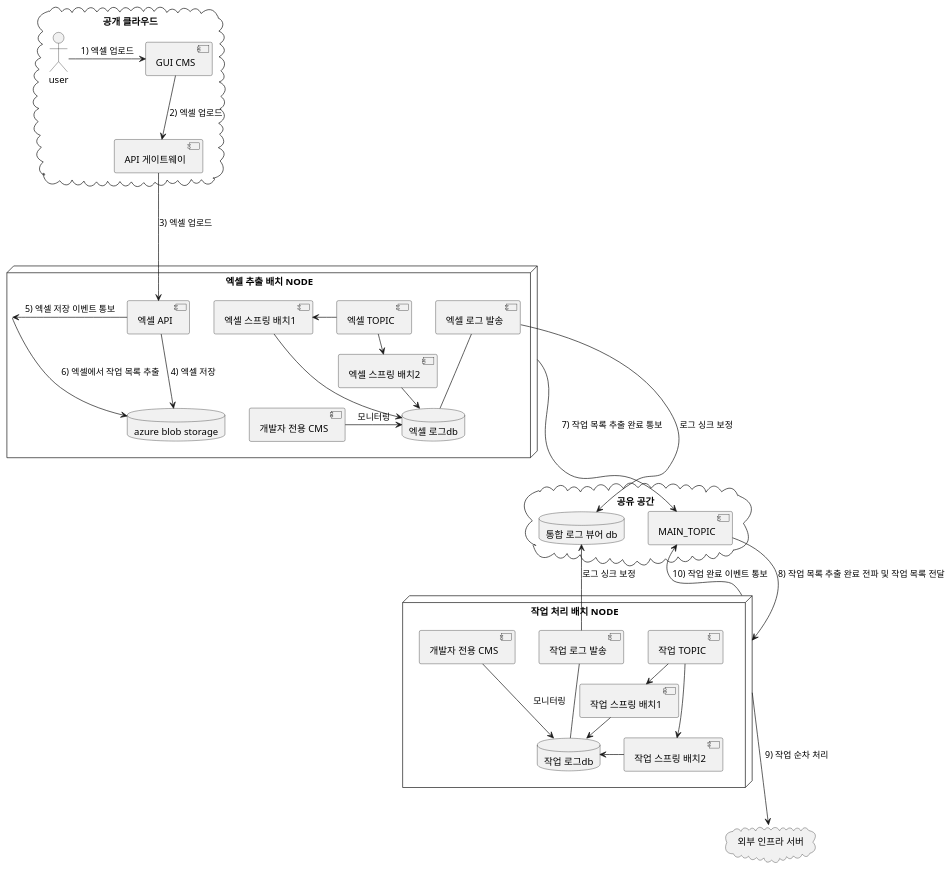
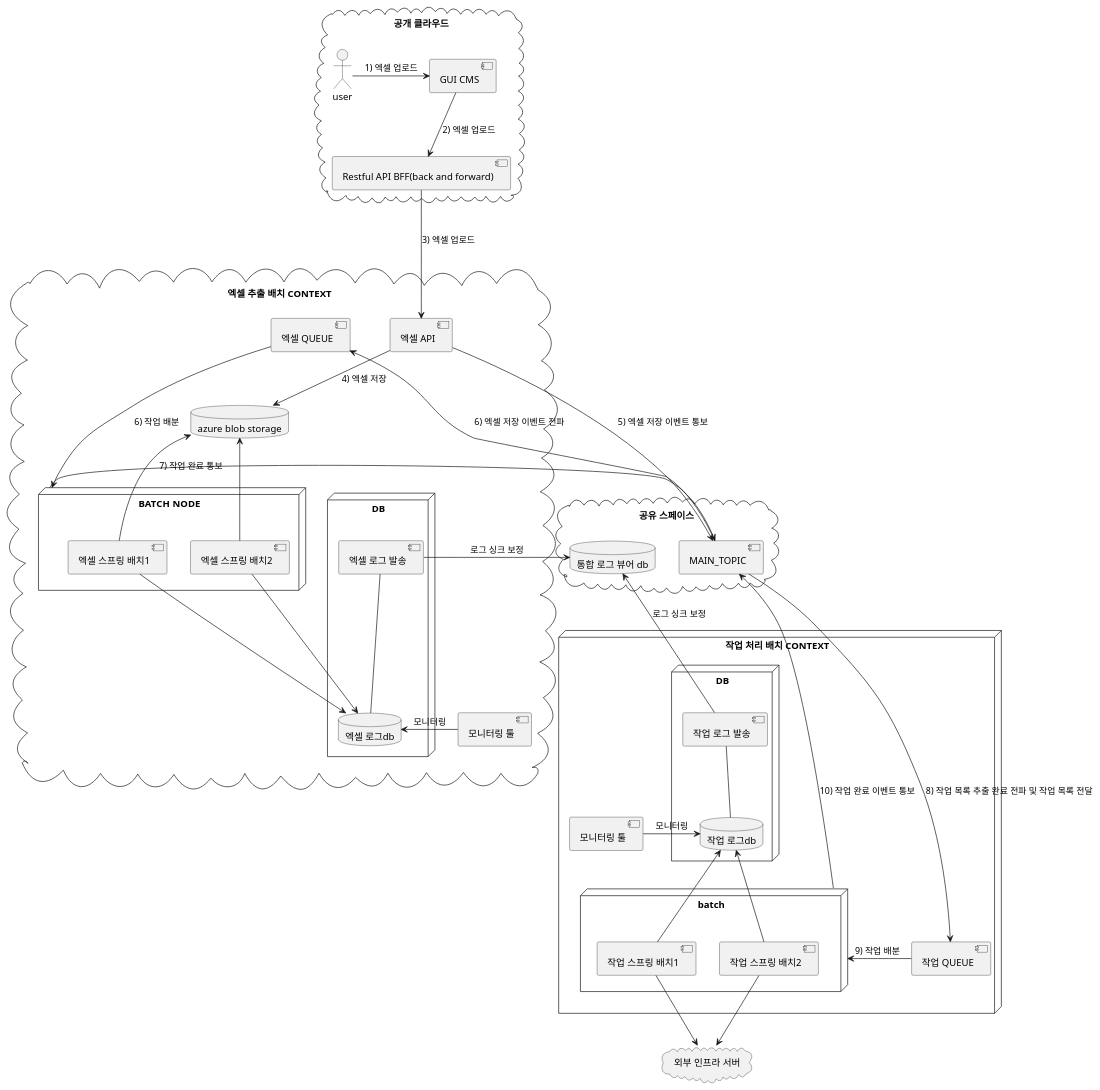
Before and after one commit to glqdlt/glqdlt.github.io: the diagram in arch/001_excel_bulk_batch/2_legacy.puml, drawn with PlantUML. The commit also changed 5 other files, not shown here.

```diff
--- a/arch/001_excel_bulk_batch/2_legacy.puml
+++ b/arch/001_excel_bulk_batch/2_legacy.puml
@@ -1,58 +1,68 @@
 @startuml
 
 cloud "공개 클라우드"{
 actor user as u
 component "GUI CMS" as cms
-component "API 게이트웨이" as eas
+component "Restful API BFF(back and forward)" as eas
 }
-cloud "공유 공간"{
+cloud "공유 스페이스"{
     component "MAIN_TOPIC" as asb
     database "통합 로그 뷰어 db" as total_log_db
 }
-node "엑셀 추출 배치 NODE" as en{
+cloud "엑셀 추출 배치 CONTEXT" as en{
     component "엑셀 API" as en_api
+    component "엑셀 QUEUE" as q1
+    node "BATCH NODE" as en_batch{
+        component "엑셀 스프링 배치1" as en_1
+        component "엑셀 스프링 배치2" as en_2
+    }
+    component "모니터링 툴" as en_cms
     database "azure blob storage" as db
-    component "엑셀 TOPIC" as q1
-    component "엑셀 스프링 배치1" as en_1
-    component "엑셀 스프링 배치2" as en_2
-    component "엑셀 로그 발송" as en_log
-    component "개발자 전용 CMS" as en_cms
-    database "엑셀 로그db" as log_db
+    db <-- en_1
+    db <-- en_2
+    node "DB" as en_db{
+        component "엑셀 로그 발송" as en_log
+        database "엑셀 로그db" as log_db
+    }
     en_cms -> log_db : 모니터링
-    q1 -> en_1
-    q1 -> en_2 : 123
     en_1 --> log_db
     en_2 -> log_db
     en_log -- log_db
     en_log --> total_log_db : 로그 싱크 보정
 }
-node "작업 처리 배치 NODE" as psn{
-    component "작업 TOPIC" as q2
-    component "작업 스프링 배치1" as psn_b_1
-    component "작업 스프링 배치2" as psn_b_2
-    component "작업 로그 발송" as psn_log
-    component "개발자 전용 CMS" as psn_cms
-    database "작업 로그db" as log_db2
-    psn_cms --> log_db2 : 모니터링
-    log_db2 <- psn_b_2
-    q2 -> psn_b_1
-    q2 --> psn_b_2
-    psn_b_1 -> log_db2
+node "작업 처리 배치 CONTEXT" as psn{
+    component "작업 QUEUE" as q2
+    node "batch" as psn_batch{
+        component "작업 스프링 배치1" as psn_b_1
+        component "작업 스프링 배치2" as psn_b_2
+    }
+    component "모니터링 툴" as psn_cms
+    node "DB" as psn_db{
+        component "작업 로그 발송" as psn_log
+        database "작업 로그db" as log_db2
+    }
+    psn_cms -> log_db2 : 모니터링
+    log_db2 <-- psn_b_2
+    log_db2 <-- psn_b_1
     total_log_db <-- psn_log : 로그 싱크 보정
     psn_log -- log_db2
 }
 
 
 cloud "외부 인프라 서버" as eps
 
+psn_b_1 --> eps
+psn_b_2 --> eps
+
 u -> cms : 1) 엑셀 업로드
 cms --> eas : 2) 엑셀 업로드
 eas ---> en_api: 3) 엑셀 업로드
 en_api --> db : 4) 엑셀 저장
-en_api -> en : 5) 엑셀 저장 이벤트 통보
-en --> db : 6) 엑셀에서 작업 목록 추출
-en ---> asb : 7) 작업 목록 추출 완료 통보
-asb --> psn : 8) 작업 목록 추출 완료 전파 및 작업 목록 전달
-psn ---> eps : 9) 작업 순차 처리
-psn --> asb : 10) 작업 완료 이벤트 통보
+en_api --> asb : 5) 엑셀 저장 이벤트 통보
+asb --> q1 : 6) 엑셀 저장 이벤트 전파
+q1 ---> en_batch : 6) 작업 배분
+en_batch -> asb : 7) 작업 완료 통보
+asb --> q2 : 8) 작업 목록 추출 완료 전파 및 작업 목록 전달
+q2 -> psn_batch : 9) 작업 배분
+asb <-- psn_batch : 10) 작업 완료 이벤트 통보
 @enduml
```
